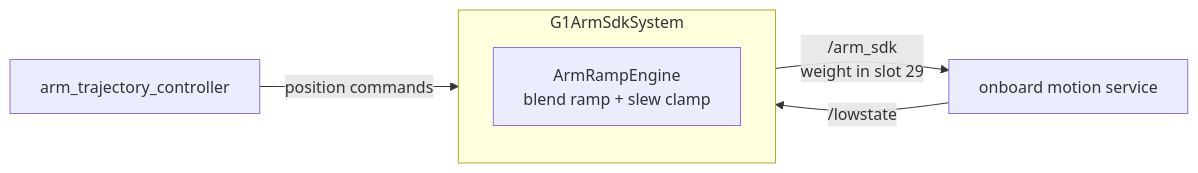
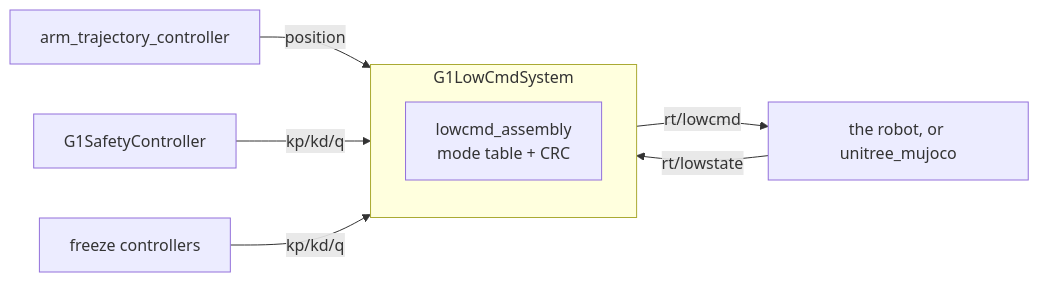
One commit to Adyansh04/grove-g1 changed the diagram in workspace/src/g1_hardware_interface/README.md. Above: the diagram before and after it, drawn with Mermaid. The commit also changed other lines of this file and 10 other files, not shown here.

````diff
--- a/workspace/src/g1_hardware_interface/README.md
+++ b/workspace/src/g1_hardware_interface/README.md
@@ -17,9 +11,11 @@
 ```mermaid
 flowchart LR
-    JTC["arm_trajectory_controller"] -- "position commands" --> P
-    subgraph P["G1ArmSdkSystem"]
-        RAMP["ArmRampEngine<br/>blend ramp + slew clamp"]
+    JTC["arm_trajectory_controller"] -- "position" --> P
+    SAFE["G1SafetyController"] -- "kp/kd/q" --> P
+    FRZ["freeze controllers"] -- "kp/kd/q" --> P
+    subgraph P["G1LowCmdSystem"]
+        ASM["lowcmd_assembly<br/>mode table + CRC"]
     end
-    P -- "/arm_sdk<br/>weight in slot 29" --> MS["onboard motion service"]
-    MS -- "/lowstate" --> P
+    P -- "rt/lowcmd" --> R["the robot, or unitree_mujoco"]
+    R -- "rt/lowstate" --> P
 ```
````
